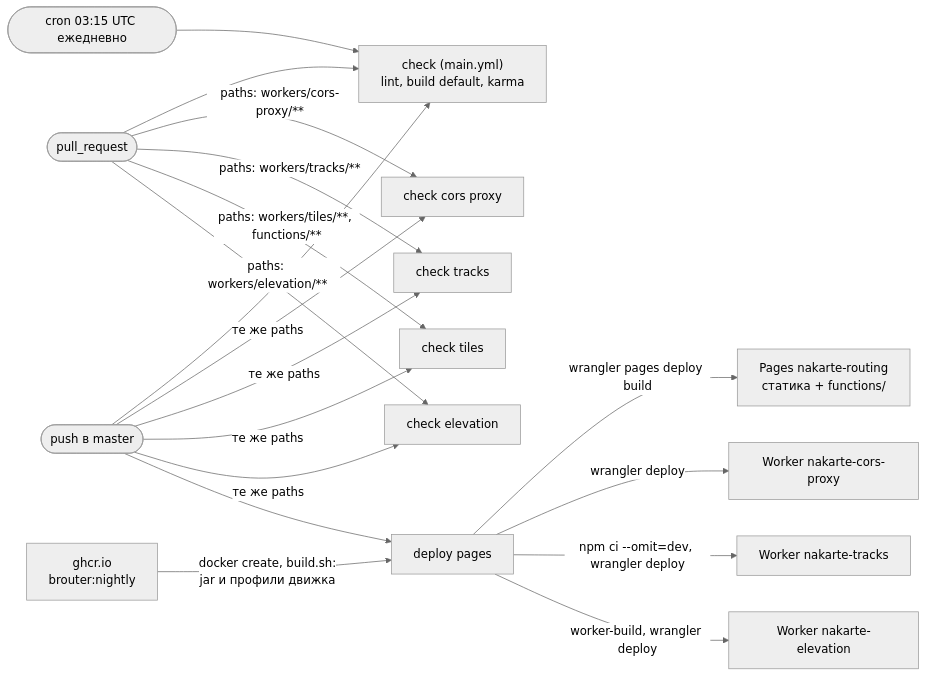
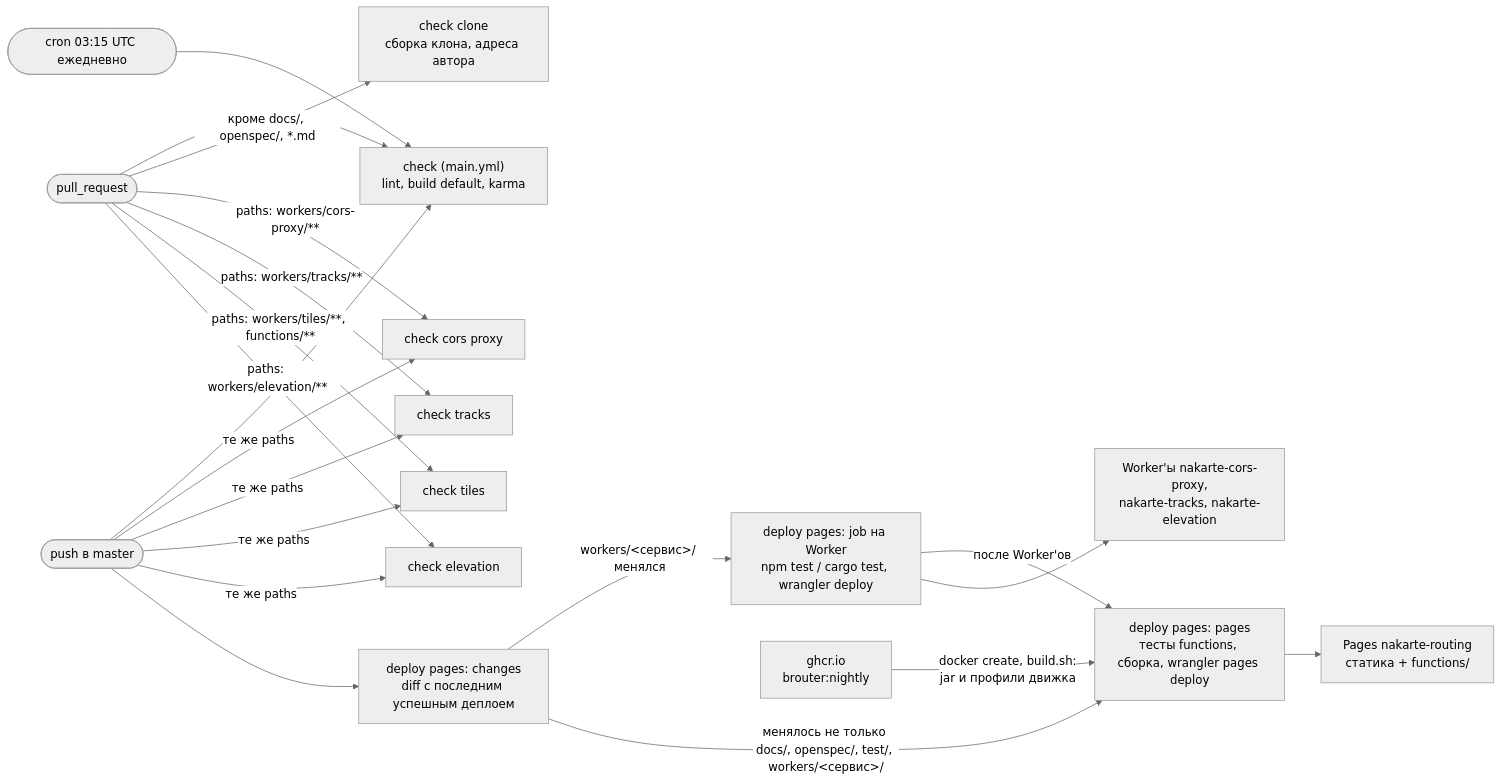
The first of 2 diagrams in docs/architecture/ci-cd.md (sergeycw/nakarte), drawn with Mermaid (neutral theme) before and after one commit. The commit also changed other lines of this file and 8 other files, not shown here.

````diff
--- a/docs/architecture/ci-cd.md
+++ b/docs/architecture/ci-cd.md
@@ -9,34 +9,37 @@
 ```mermaid
 flowchart LR
     pr(["pull_request"])
     push(["push в master"])
     cron1(["cron 03:15 UTC ежедневно"])
 
     check["check (main.yml)<br/>lint, build default, karma"]
+    cclone["check clone<br/>сборка клона, адреса автора"]
     cproxy["check cors proxy"]
     ctracks["check tracks"]
     ctiles["check tiles"]
     celev["check elevation"]
-    deploy["deploy pages"]
+    changes["deploy pages: changes<br/>diff с последним успешным деплоем"]
+    djobs["deploy pages: job на Worker<br/>npm test / cargo test, wrangler deploy"]
+    dpages["deploy pages: pages<br/>тесты functions, сборка, wrangler pages deploy"]
 
     ghcr["ghcr.io<br/>brouter:nightly"]
     pages["Pages nakarte-routing<br/>статика + functions/"]
-    wproxy["Worker nakarte-cors-proxy"]
-    wtracks["Worker nakarte-tracks"]
-    welev["Worker nakarte-elevation"]
+    workers["Worker'ы nakarte-cors-proxy,<br/>nakarte-tracks, nakarte-elevation"]
 
     pr --> check
     push --> check
     cron1 --> check
+    pr -->|"кроме docs/, openspec/, *.md"| cclone
     pr -->|"paths: workers/cors-proxy/**"| cproxy
     pr -->|"paths: workers/tracks/**"| ctracks
     pr -->|"paths: workers/tiles/**, functions/**"| ctiles
     pr -->|"paths: workers/elevation/**"| celev
     push -->|"те же paths"| cproxy & ctracks & ctiles & celev
-    push --> deploy
-    ghcr -->|"docker create, build.sh:<br/>jar и профили движка"| deploy
-    deploy -->|"wrangler pages deploy build"| pages
-    deploy -->|"wrangler deploy"| wproxy
-    deploy -->|"npm ci --omit=dev, wrangler deploy"| wtracks
-    deploy -->|"worker-build, wrangler deploy"| welev
+    push --> changes
+    changes -->|"workers/<сервис>/ менялся"| djobs
+    changes -->|"менялось не только docs/, openspec/, test/, workers/<сервис>/"| dpages
+    djobs -->|"после Worker'ов"| dpages
+    djobs --> workers
+    ghcr -->|"docker create, build.sh:<br/>jar и профили движка"| dpages
+    dpages --> pages
 ```
````
